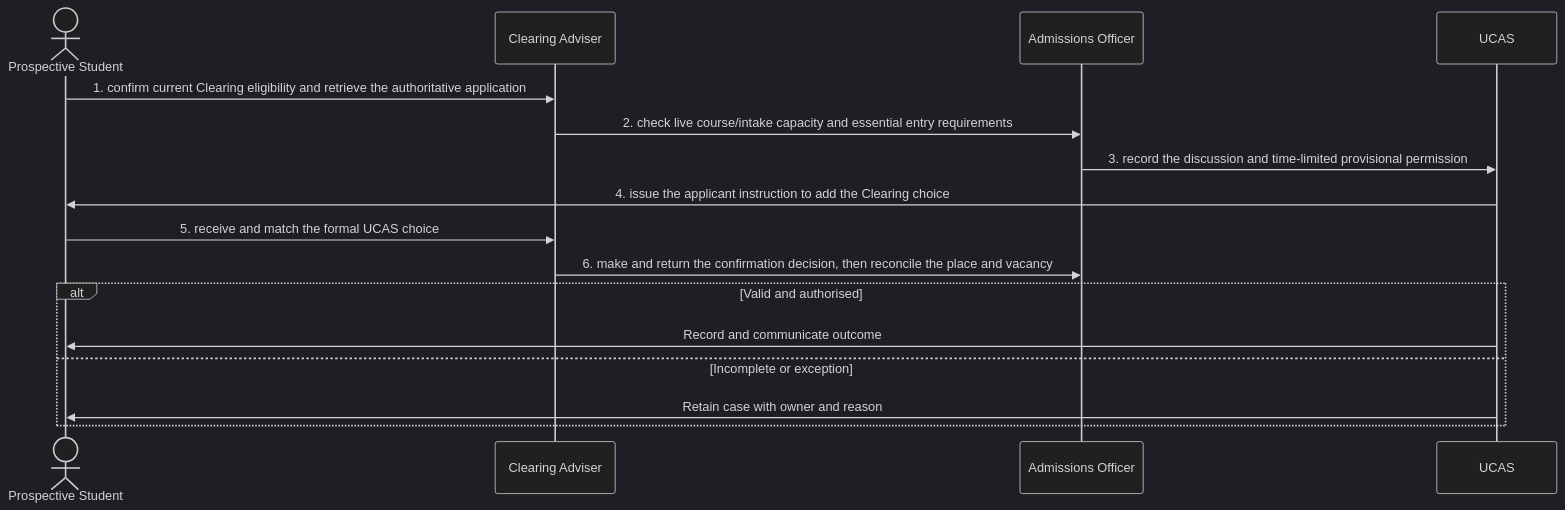
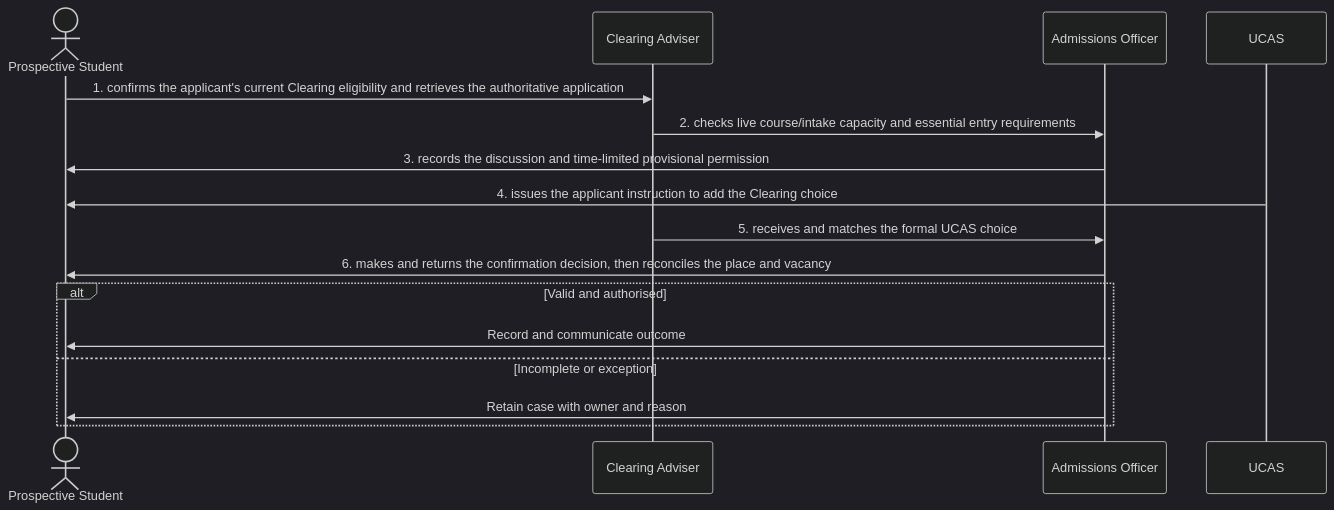
One commit to RevelationCore/Revelation-SRS changed the diagram in docs/business-processes/01-recruitment-and-admissions/bp-01-006-place-an-applicant-through-clearing.md. Above: the diagram before and after it, drawn with Mermaid (dark theme). The commit also changed other lines of this file and 96 other files, not shown here.

````diff
--- a/docs/business-processes/01-recruitment-and-admissions/bp-01-006-place-an-applicant-through-clearing.md
+++ b/docs/business-processes/01-recruitment-and-admissions/bp-01-006-place-an-applicant-through-clearing.md
@@ -159,18 +159,18 @@
 ```mermaid
 sequenceDiagram
     actor A1 as Prospective Student
     participant A2 as Clearing Adviser
     participant A3 as Admissions Officer
     participant A4 as UCAS
-    A1->>A2: 1. confirm current Clearing eligibility and retrieve the authoritative application
-    A2->>A3: 2. check live course/intake capacity and essential entry requirements
-    A3->>A4: 3. record the discussion and time-limited provisional permission
-    A4->>A1: 4. issue the applicant instruction to add the Clearing choice
-    A1->>A2: 5. receive and match the formal UCAS choice
-    A2->>A3: 6. make and return the confirmation decision, then reconcile the place and vacancy
+    A1->>A2: 1. confirms the applicant's current Clearing eligibility and retrieves the authoritative application
+    A2->>A3: 2. checks live course/intake capacity and essential entry requirements
+    A3->>A1: 3. records the discussion and time-limited provisional permission
+    A4->>A1: 4. issues the applicant instruction to add the Clearing choice
+    A2->>A3: 5. receives and matches the formal UCAS choice
+    A3->>A1: 6. makes and returns the confirmation decision, then reconciles the place and vacancy
     alt Valid and authorised
-        A4->>A1: Record and communicate outcome
+        A3->>A1: Record and communicate outcome
     else Incomplete or exception
-        A4->>A1: Retain case with owner and reason
+        A3->>A1: Retain case with owner and reason
     end
 ```
````
